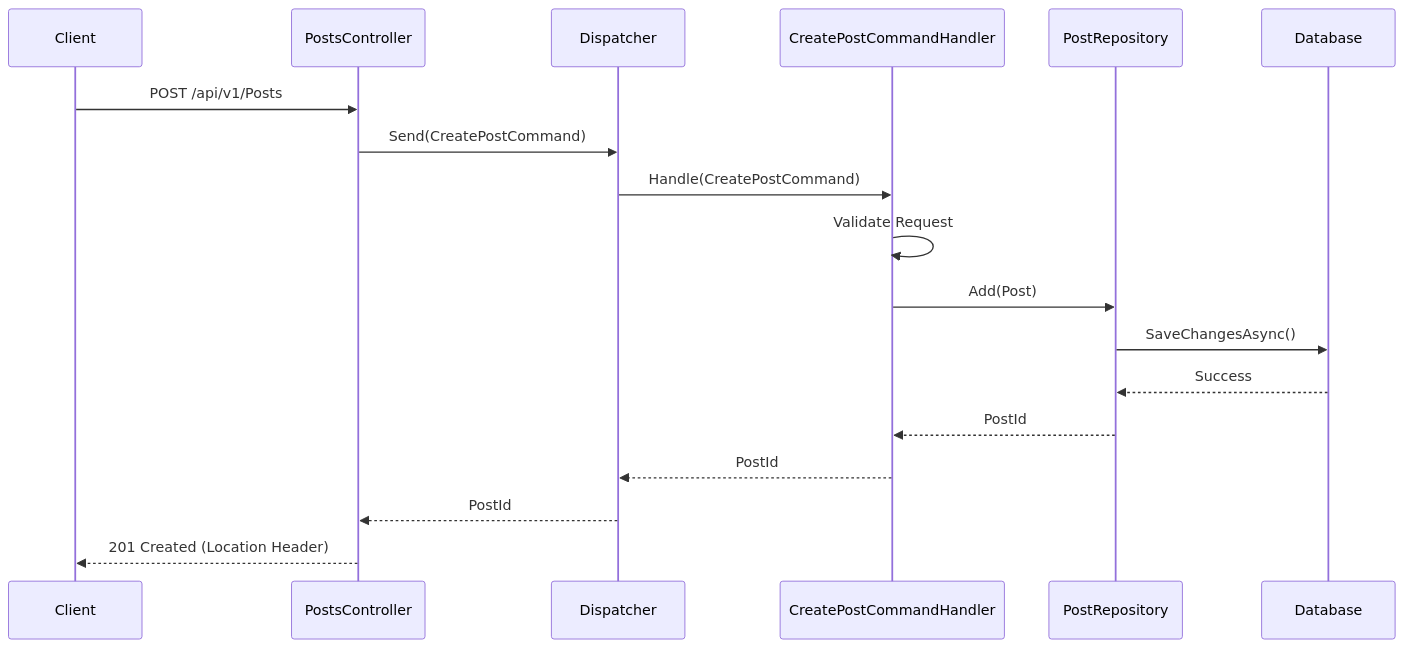
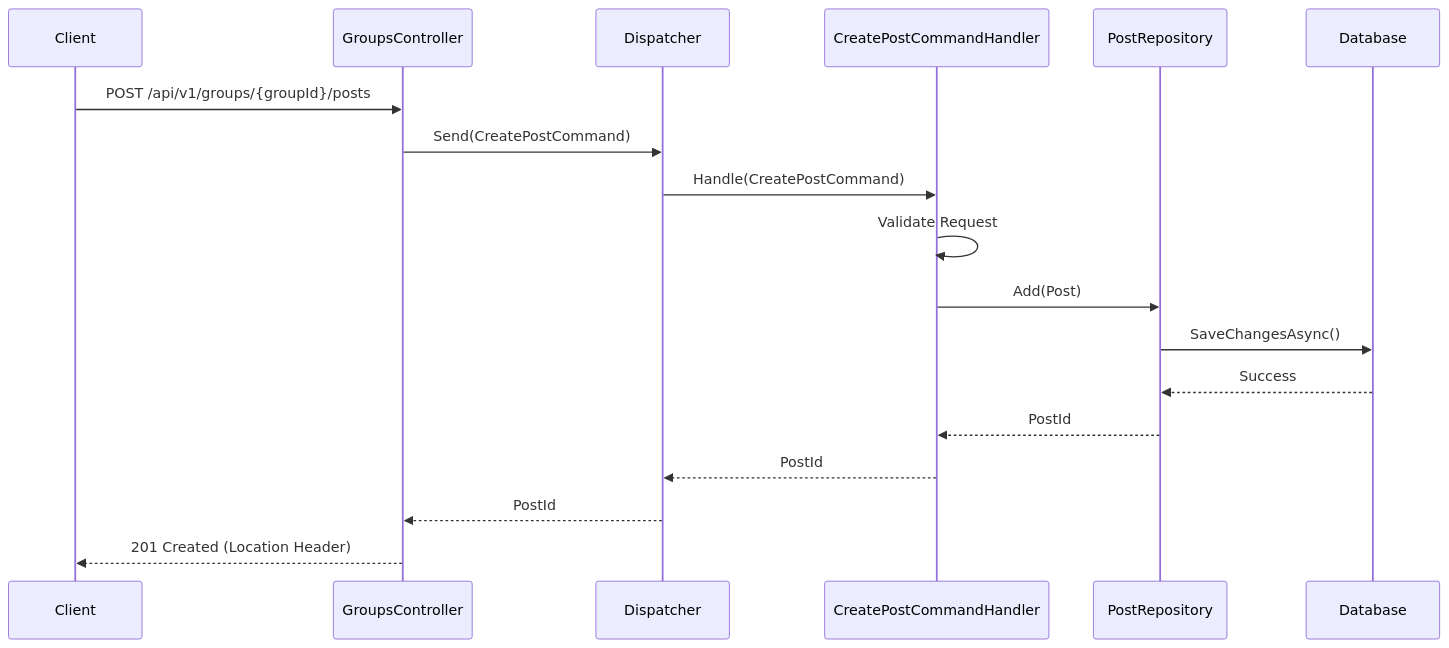
One commit to SitholeWB/social-media-api changed the second of 7 diagrams in docs/API.md. Above: the diagram before and after it, drawn with Mermaid. The commit also changed other lines of this file and 3 other files, not shown here.

````diff
--- a/docs/API.md
+++ b/docs/API.md
@@ -52,21 +56,21 @@
 ```mermaid
 sequenceDiagram
     participant Client
-    participant API as PostsController
+    participant API as GroupsController
     participant Dispatcher
     participant Handler as CreatePostCommandHandler
     participant Repo as PostRepository
     participant DB as Database
 
-    Client->>API: POST /api/v1/Posts
+    Client->>API: POST /api/v1/groups/{groupId}/posts
     API->>Dispatcher: Send(CreatePostCommand)
     Dispatcher->>Handler: Handle(CreatePostCommand)
     Handler->>Handler: Validate Request
     Handler->>Repo: Add(Post)
     Repo->>DB: SaveChangesAsync()
     DB-->>Repo: Success
     Repo-->>Handler: PostId
     Handler-->>Dispatcher: PostId
     Dispatcher-->>API: PostId
     API-->>Client: 201 Created (Location Header)
 ```
````
